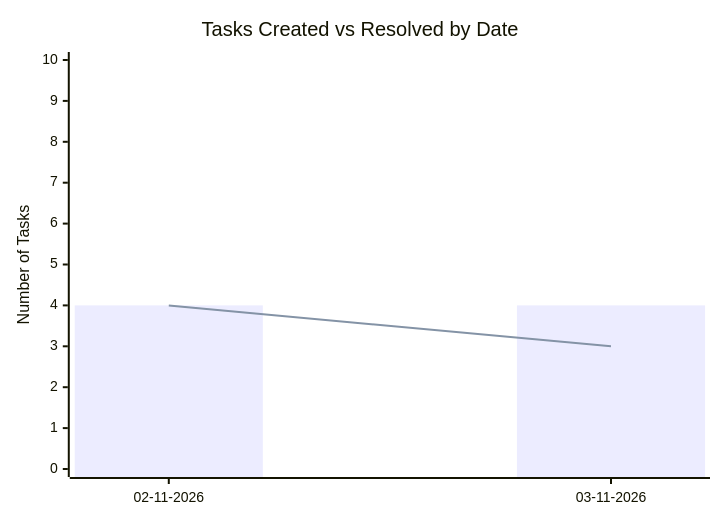
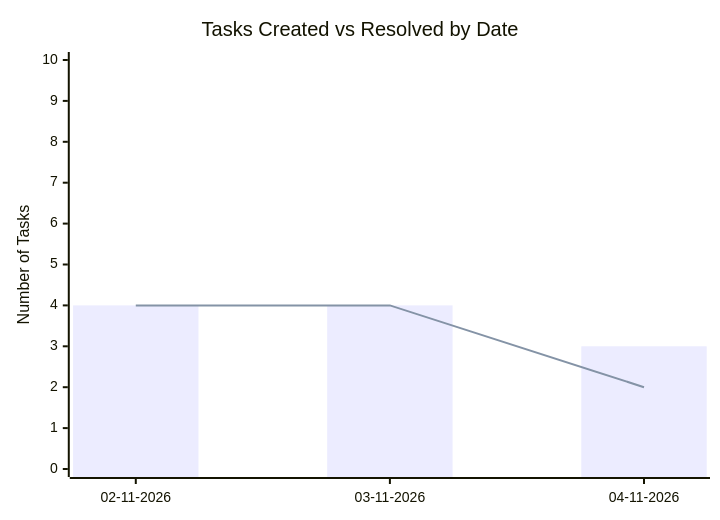
One commit to sagarms97/MyWorkDairy changed the second of 2 diagrams in Sanchay/Analytics.md. Above: the diagram before and after it, drawn with Mermaid. The commit also changed other lines of this file and 7 other files, not shown here.

````diff
--- a/Sanchay/Analytics.md
+++ b/Sanchay/Analytics.md
@@ -25,8 +26,8 @@
 ```mermaid
 xychart-beta
     title "Tasks Created vs Resolved by Date"
-    x-axis ["02-11-2026", "03-11-2026"]
+    x-axis ["02-11-2026", "03-11-2026", "04-11-2026"]
     y-axis "Number of Tasks" 0 --> 10
-    bar [4, 4]
-    line [4, 3]
+    bar [4, 4, 3]
+    line [4, 4, 2]
 ```
````
